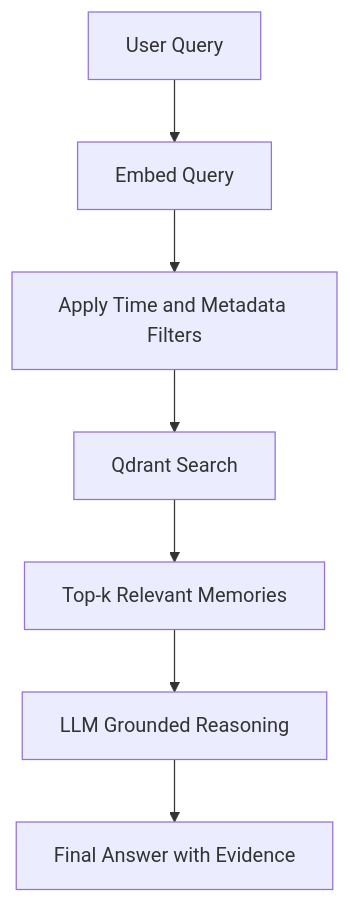
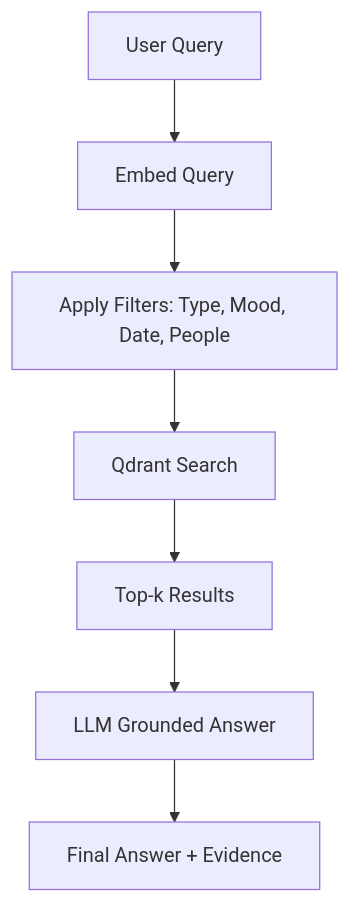
Before and after one commit to deepdas2607/LifeLens: the second of 3 diagrams in README.md, drawn with Mermaid. The commit also changed other lines of this file, not shown here.

````diff
--- a/README.md
+++ b/README.md
@@ -161,9 +168,9 @@
 ```mermaid
 flowchart TD
     QRY[User Query] --> EMBQ[Embed Query]
-    EMBQ --> FILT[Apply Time and Metadata Filters]
+    EMBQ --> FILT[Apply Filters: Type, Mood, Date, People]
     FILT --> QD[Qdrant Search]
-    QD --> TOPK[Top-k Relevant Memories]
-    TOPK --> LLM[LLM Grounded Reasoning]
-    LLM --> RESP[Final Answer with Evidence]
+    QD --> TOPK[Top-k Results]
+    TOPK --> LLM[LLM Grounded Answer]
+    LLM --> RESP[Final Answer + Evidence]
 ```
````
